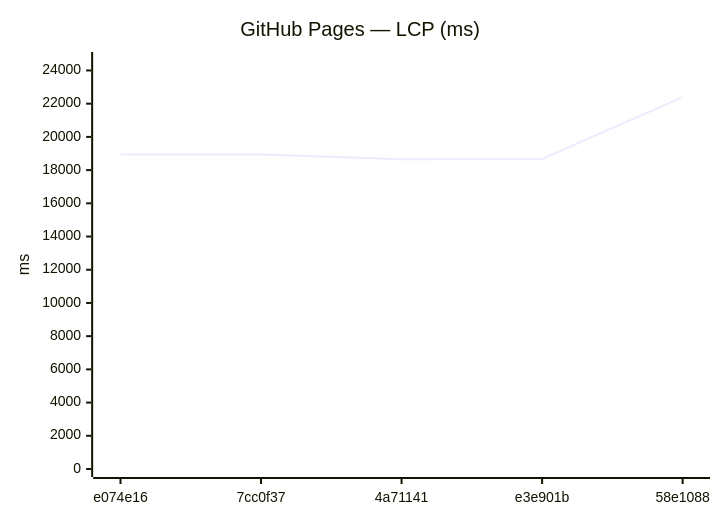
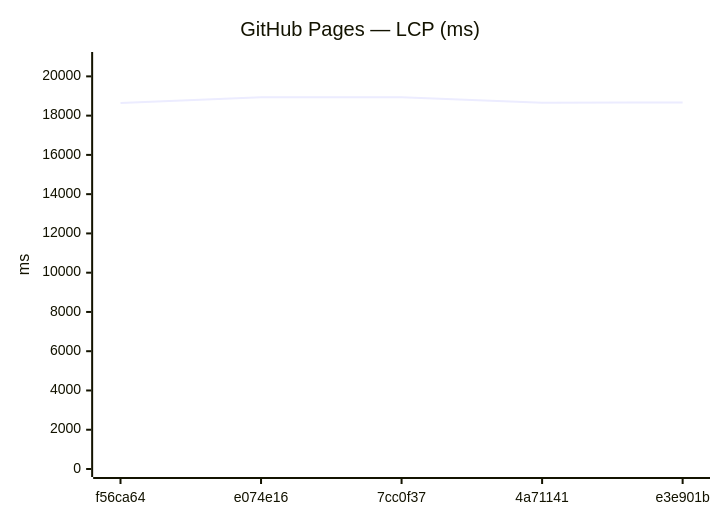
The ninth of 18 diagrams in benchmarks/compare.md (Metaheurist/Rianell), drawn with Mermaid before and after one commit. The commit also changed other lines of this file and 11 other files, not shown here.

````diff
--- a/benchmarks/compare.md
+++ b/benchmarks/compare.md
@@ -142,7 +142,7 @@
 ```mermaid
 xychart-beta
     title "GitHub Pages — LCP (ms)"
-    x-axis ["e074e16", "7cc0f37", "4a71141", "e3e901b", "58e1088"]
-    y-axis "ms" 0 --> 24631
-    line [18940, 18936, 18660, 18674, 22391]
+    x-axis ["f56ca64", "e074e16", "7cc0f37", "4a71141", "e3e901b"]
+    y-axis "ms" 0 --> 20834
+    line [18641, 18940, 18936, 18660, 18674]
 ```
````
